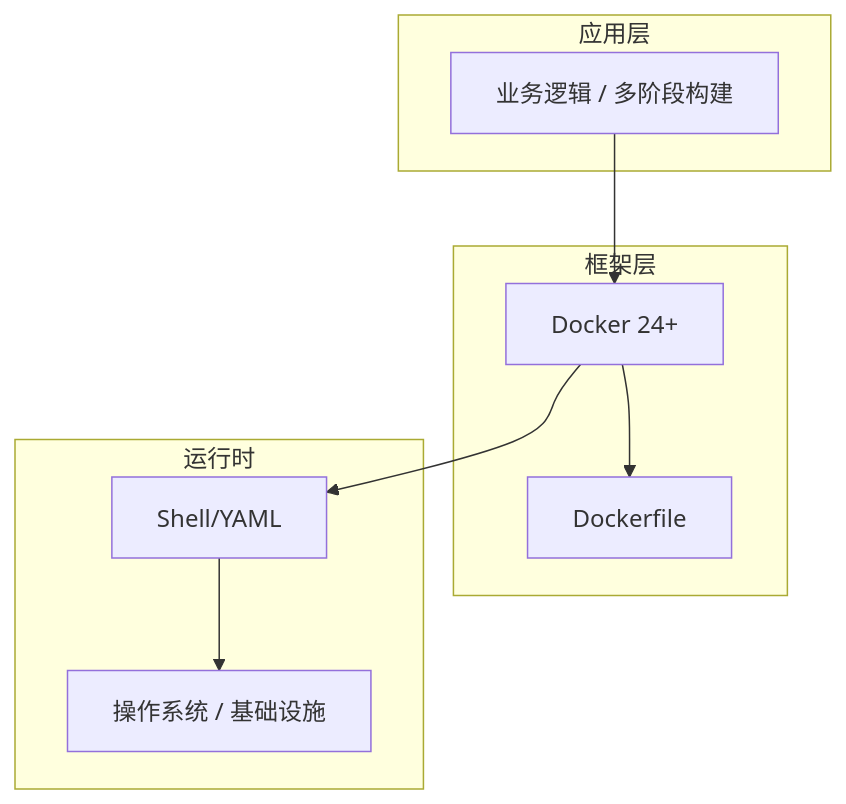
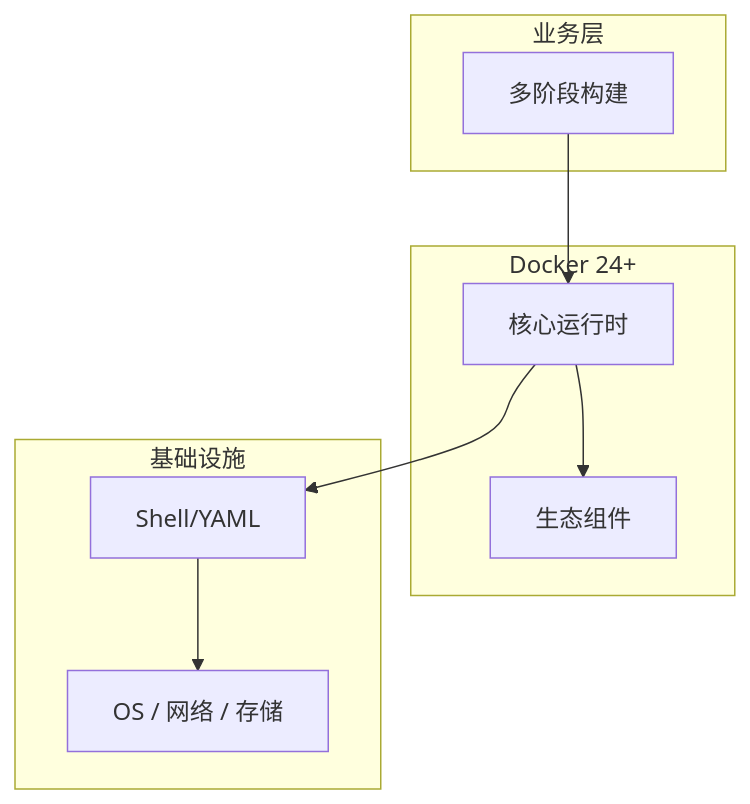
The diagram in articles/Docker/chapters/064-多阶段构建核心概念与原理.md (yanggan2015/knowledge-json-v2), drawn with Mermaid before and after one commit. The commit also changed other lines of this file and 10127 other files, not shown here.

````diff
--- a/articles/Docker/chapters/064-多阶段构建核心概念与原理.md
+++ b/articles/Docker/chapters/064-多阶段构建核心概念与原理.md
@@ -45,18 +34,18 @@
 ```mermaid
 graph TB
-    subgraph 应用层
-        A[业务逻辑 / 多阶段构建]
+    subgraph 业务层
+        A[多阶段构建]
     end
-    subgraph 框架层
-        B[Docker 24+]
-        C[Dockerfile]
+    subgraph Docker 24+
+        B[核心运行时]
+        C[生态组件]
     end
-    subgraph 运行时
+    subgraph 基础设施
         D[Shell/YAML]
-        E[操作系统 / 基础设施]
+        E[OS / 网络 / 存储]
     end
     A --> B
     B --> C
     B --> D
     D --> E
 ```
````
